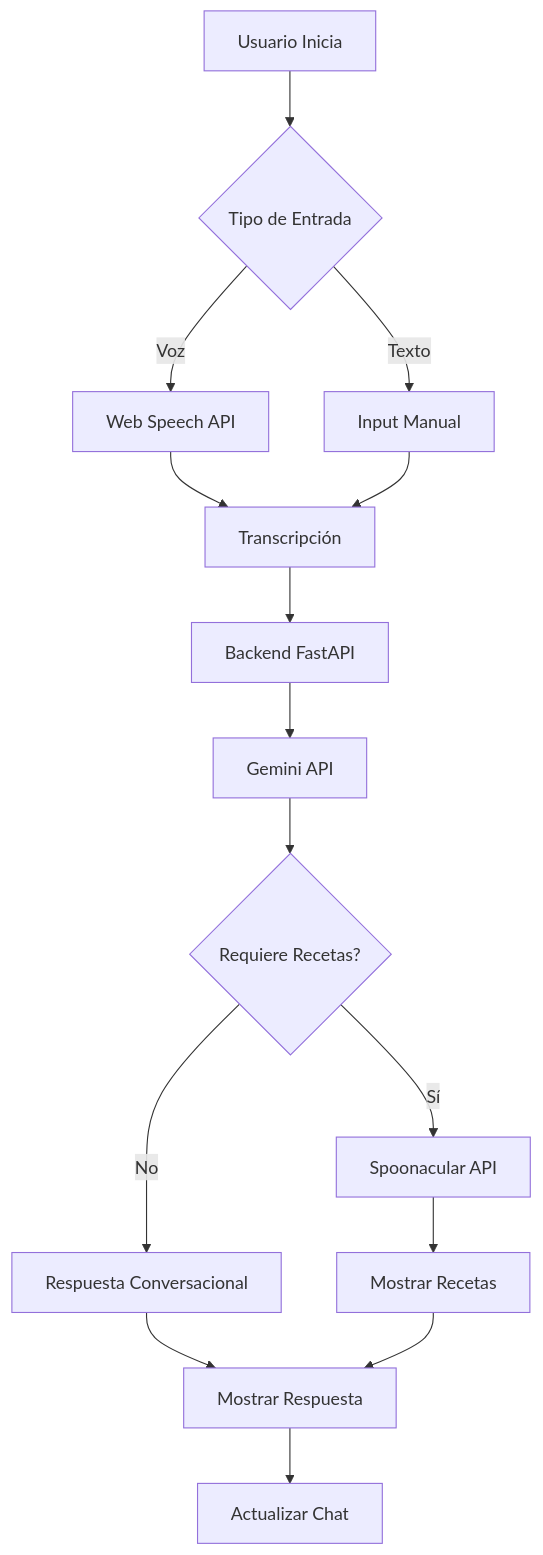
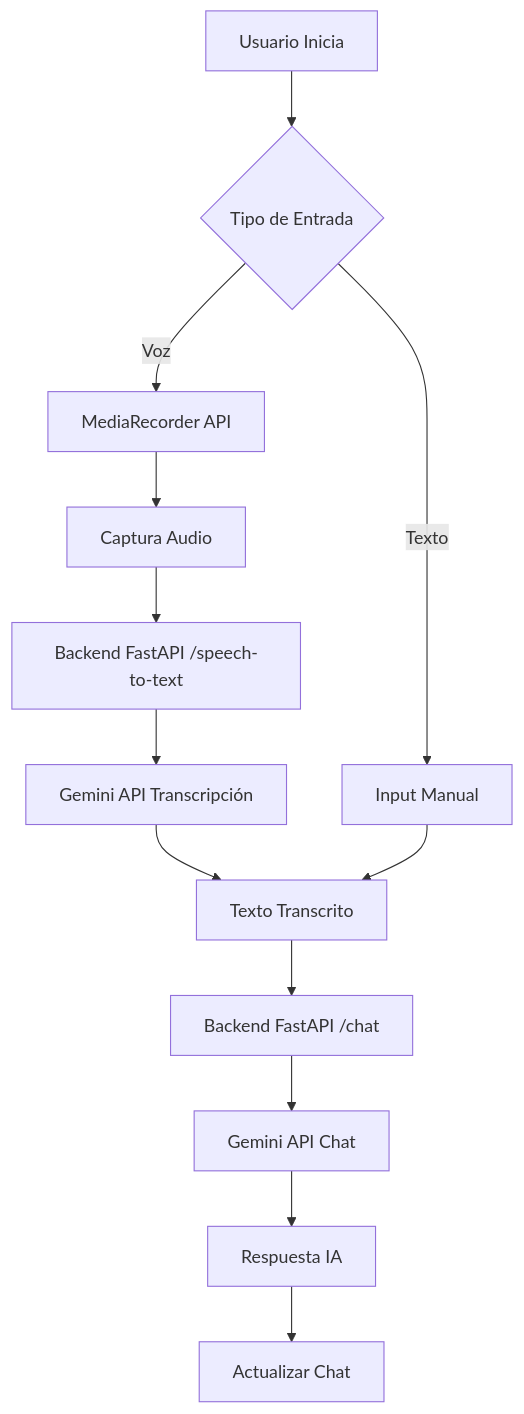
Before and after one commit to johernandezvaz/asistente-comida-vue: the diagram in README.md, drawn with Mermaid. The commit also changed other lines of this file and 7 other files, not shown here.

````diff
--- a/README.md
+++ b/README.md
@@ -403,17 +439,15 @@
 ```mermaid
 graph TD
     A[Usuario Inicia] --> B{Tipo de Entrada}
-    B -->|Voz| C[Web Speech API]
+    B -->|Voz| C[MediaRecorder API]
     B -->|Texto| D[Input Manual]
-    C --> E[Transcripción]
-    D --> E
-    E --> F[Backend FastAPI]
-    F --> G[Gemini API]
-    G --> H{Requiere Recetas?}
-    H -->|Sí| I[Spoonacular API]
-    H -->|No| J[Respuesta Conversacional]
-    I --> K[Mostrar Recetas]
-    J --> L[Mostrar Respuesta]
-    K --> L
-    L --> M[Actualizar Chat]
+    C --> E[Captura Audio]
+    E --> F[Backend FastAPI /speech-to-text]
+    F --> G[Gemini API Transcripción]
+    G --> H[Texto Transcrito]
+    D --> H
+    H --> I[Backend FastAPI /chat]
+    I --> J[Gemini API Chat]
+    J --> K[Respuesta IA]
+    K --> L[Actualizar Chat]
 ```
````
